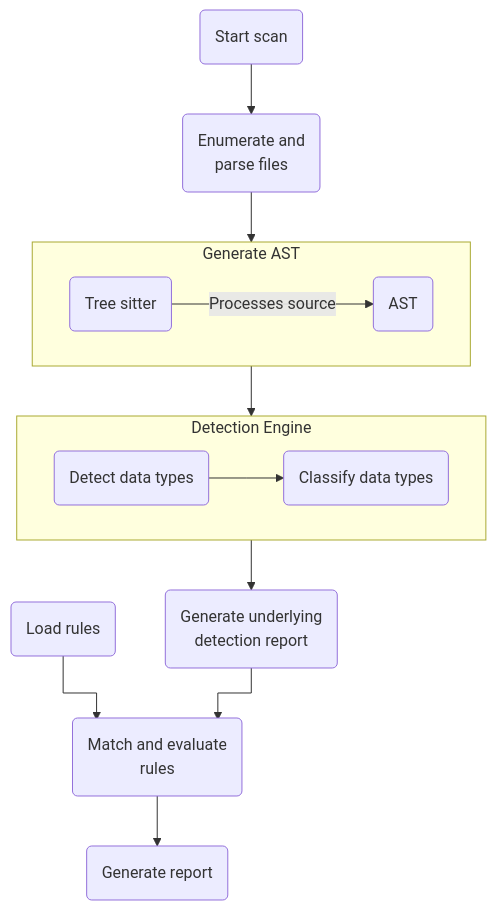
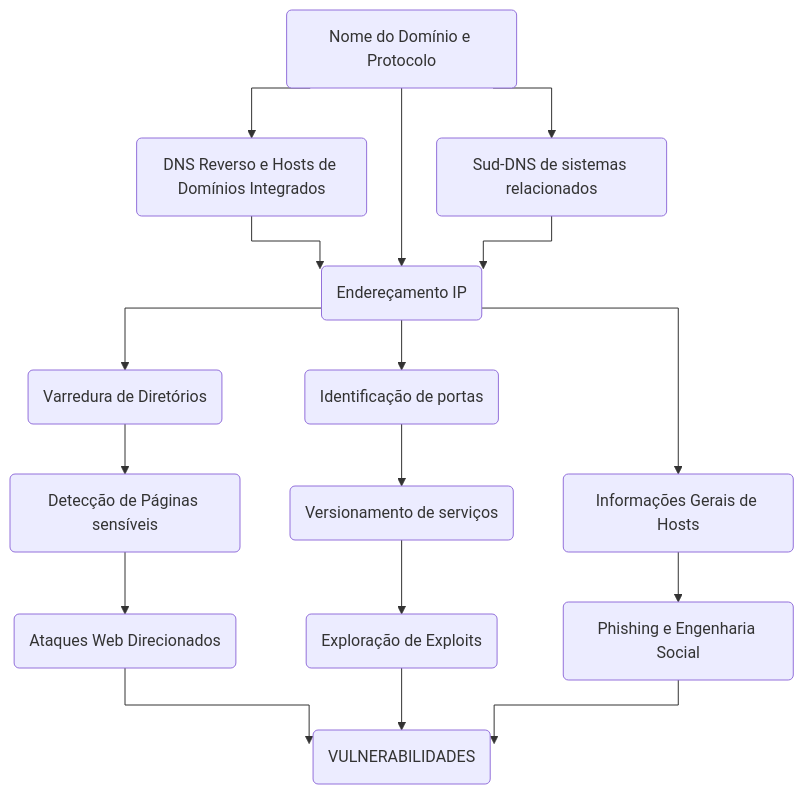
One commit to ExeKaliBurr/ExeKaliBurr changed the diagram in Manual/workflow.md. Above: the diagram before and after it, drawn with Mermaid.

````diff
--- a/Manual/workflow.md
+++ b/Manual/workflow.md
@@ -9,25 +9,21 @@
 ```mermaid
+
 %%{ init: { 'flowchart': { 'curve': 'stepAfter' } } }%%
 flowchart TB
-    
-    direction TB
-    loadrule(Load rules) --> evalrule
-    scan(Start scan) --> parse(Enumerate and\n parse files)
-    parse --> AST
-    AST --> DNC
-    DNC --> df(Generate underlying \ndetection report)
-    df --> evalrule(Match and evaluate \nrules)
-    evalrule --> E(Generate report)
-    
-    subgraph AST[Generate AST]
-    direction LR
-    AST1(Tree sitter) --> |Processes source| AST2(AST)
-    end
-    
-
-    subgraph DNC[Detection Engine]
-    direction LR
-    dd(Detect data types) --> cd(Classify data types)
-    end
-    
+    A(Nome do Domínio e Protocolo) --> B(DNS Reverso e Hosts de Domínios Integrados)
+    B --> C(Endereçamento IP)
+     A --> C
+    A --> D(Sud-DNS de sistemas relacionados)
+    D --> C
+   C --> E(Identificação de portas)
+   C --> F(Varredura de Diretórios)
+   C --> H(Informações Gerais de Hosts)
+   E --> I(Versionamento de serviços)
+   F --> J(Detecção de Páginas sensíveis)
+   H --> K(Phishing e Engenharia Social)
+   I --> L(Exploração de Exploits)
+   J --> M(Ataques Web Direcionados)
+   M -->N(VULNERABILIDADES)
+   L -->N
+   K -->N
 ```
````
